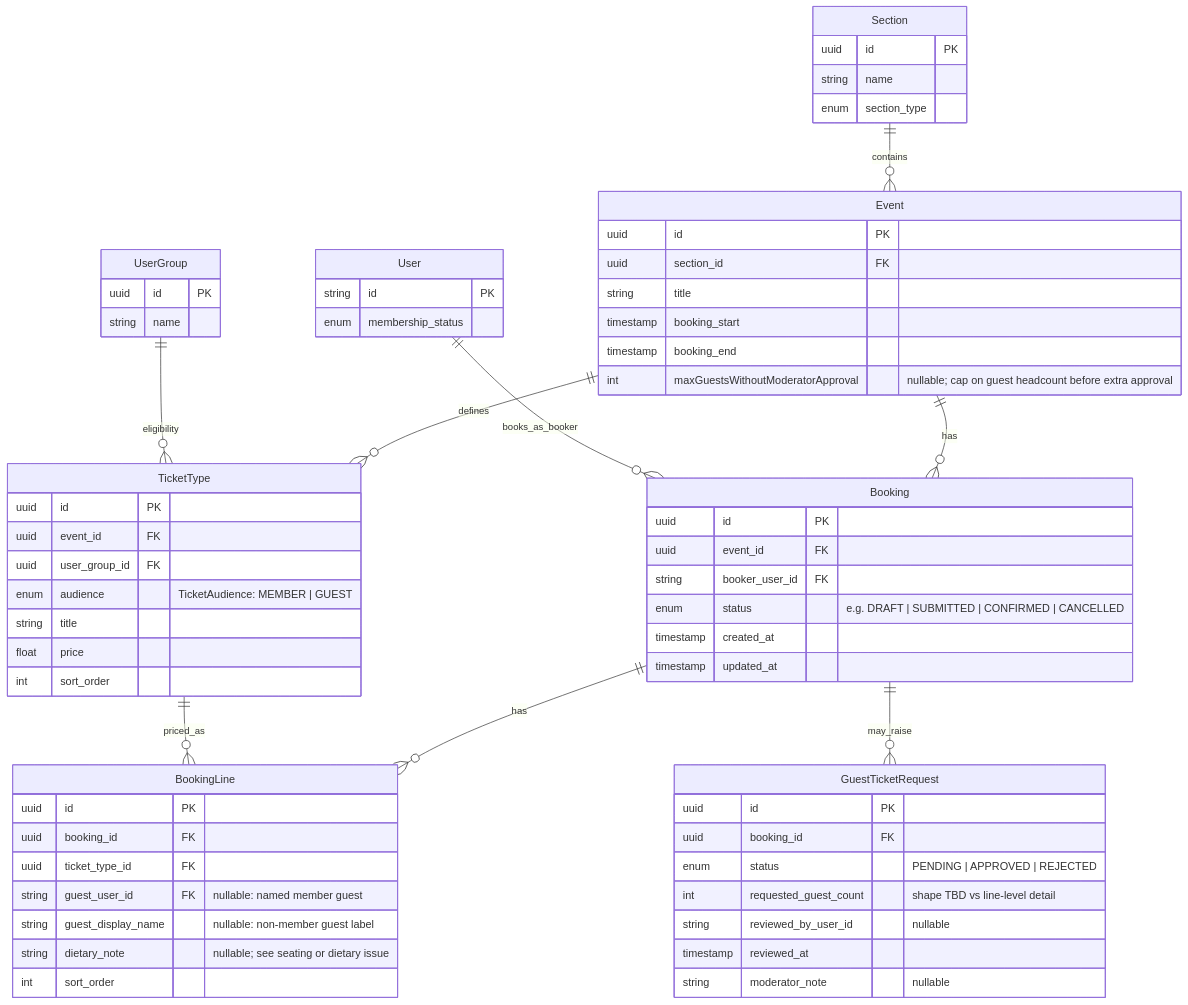
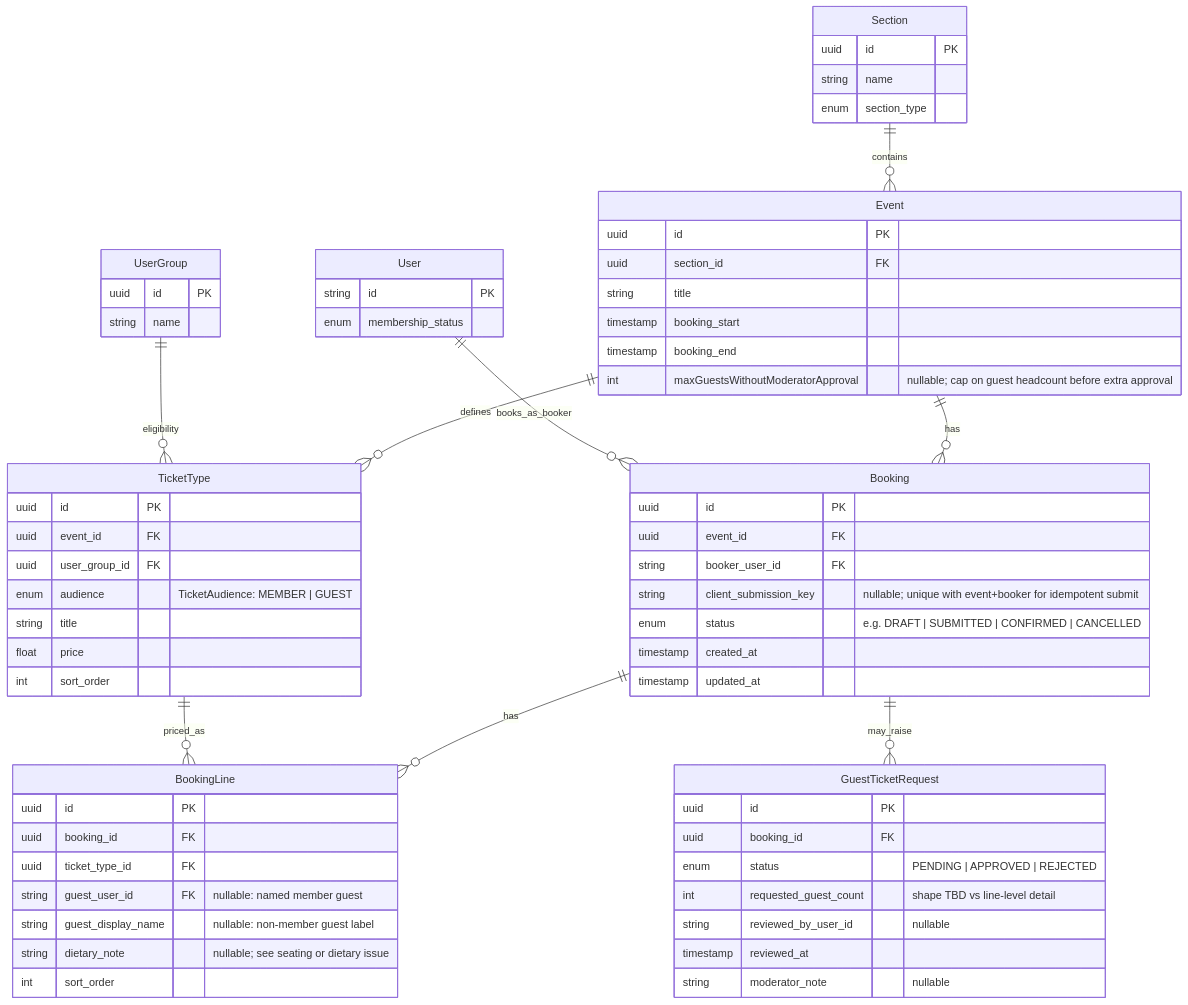
One commit to rafsodc/sodc-web changed the diagram in docs/architecture/booking-data-model.md. Above: the diagram before and after it, drawn with Mermaid. The commit also changed other lines of this file and 22 other files, not shown here.

````diff
--- a/docs/architecture/booking-data-model.md
+++ b/docs/architecture/booking-data-model.md
@@ -13,75 +13,76 @@
 ```mermaid
 erDiagram
   Section ||--o{ Event : contains
   Event ||--o{ TicketType : defines
   Event ||--o{ Booking : has
   User ||--o{ Booking : books_as_booker
   Booking ||--o{ BookingLine : has
   TicketType ||--o{ BookingLine : priced_as
   UserGroup ||--o{ TicketType : eligibility
   Booking ||--o{ GuestTicketRequest : may_raise
 
   Section {
     uuid id PK
     string name
     enum section_type
   }
 
   Event {
     uuid id PK
     uuid section_id FK
     string title
     timestamp booking_start
     timestamp booking_end
     int maxGuestsWithoutModeratorApproval "nullable; cap on guest headcount before extra approval"
   }
 
   TicketType {
     uuid id PK
     uuid event_id FK
     uuid user_group_id FK
     enum audience "TicketAudience: MEMBER | GUEST"
     string title
     float price
     int sort_order
   }
 
   User {
     string id PK
     enum membership_status
   }
 
   UserGroup {
     uuid id PK
     string name
   }
 
   Booking {
     uuid id PK
     uuid event_id FK
     string booker_user_id FK
+    string client_submission_key "nullable; unique with event+booker for idempotent submit"
     enum status "e.g. DRAFT | SUBMITTED | CONFIRMED | CANCELLED"
     timestamp created_at
     timestamp updated_at
   }
 
   BookingLine {
     uuid id PK
     uuid booking_id FK
     uuid ticket_type_id FK
     string guest_user_id FK "nullable: named member guest"
     string guest_display_name "nullable: non-member guest label"
     string dietary_note "nullable; see seating or dietary issue"
     int sort_order
   }
 
   GuestTicketRequest {
     uuid id PK
     uuid booking_id FK
     enum status "PENDING | APPROVED | REJECTED"
     int requested_guest_count "shape TBD vs line-level detail"
     string reviewed_by_user_id "nullable"
     timestamp reviewed_at
     string moderator_note "nullable"
   }
 ```
````
